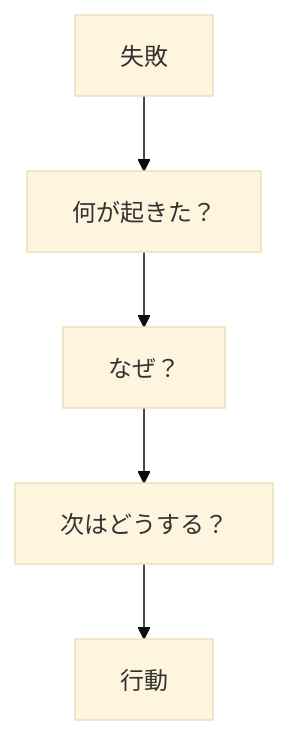
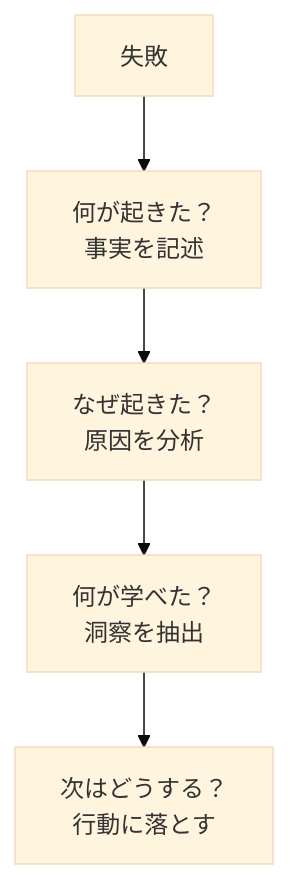
One commit to tndg16-bot/portfolio-site changed the third of 3 diagrams in content/blog/303-failure-redefinition-growth.md. Above: the diagram before and after it, drawn with Mermaid (base theme). The commit also changed other lines of this file and 4 other files, not shown here.

````diff
--- a/content/blog/303-failure-redefinition-growth.md
+++ b/content/blog/303-failure-redefinition-growth.md
@@ -54,7 +89,7 @@
 ```mermaid
 graph TD
-    A[失敗] --> B[何が起きた？]
-    B --> C[なぜ？]
-    C --> D[次はどうする？]
-    D --> E[行動]
+    A[失敗] --> B[何が起きた？<br/>事実を記述]
+    B --> C[なぜ起きた？<br/>原因を分析]
+    C --> D[何が学べた？<br/>洞察を抽出]
+    D --> E[次はどうする？<br/>行動に落とす]
 ```
````
